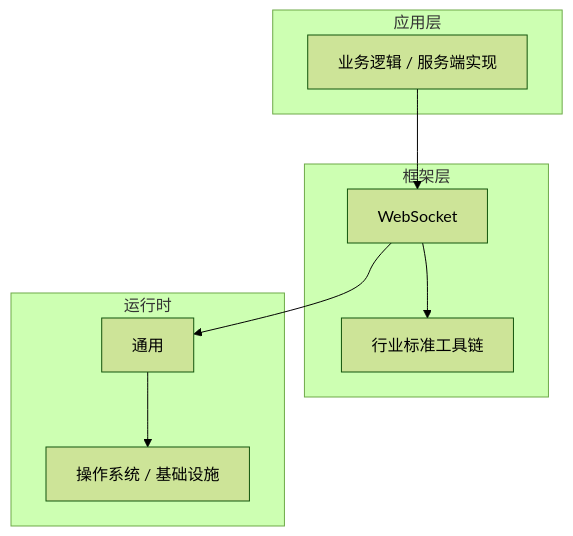
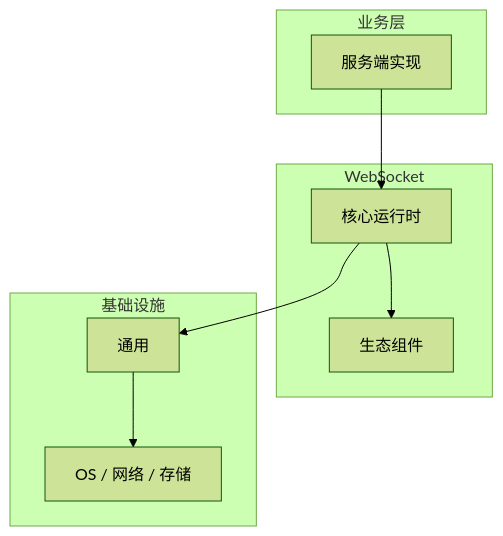
The diagram in articles/WebSocket/chapters/016-服务端实现核心概念与原理.md (yanggan2015/knowledge-json-v2), drawn with Mermaid (forest theme) before and after one commit. The commit also changed other lines of this file and 10127 other files, not shown here.

````diff
--- a/articles/WebSocket/chapters/016-服务端实现核心概念与原理.md
+++ b/articles/WebSocket/chapters/016-服务端实现核心概念与原理.md
@@ -45,18 +34,18 @@
 ```mermaid
 graph TB
-    subgraph 应用层
-        A[业务逻辑 / 服务端实现]
+    subgraph 业务层
+        A[服务端实现]
     end
-    subgraph 框架层
-        B[WebSocket]
-        C[行业标准工具链]
+    subgraph WebSocket
+        B[核心运行时]
+        C[生态组件]
     end
-    subgraph 运行时
+    subgraph 基础设施
         D[通用]
-        E[操作系统 / 基础设施]
+        E[OS / 网络 / 存储]
     end
     A --> B
     B --> C
     B --> D
     D --> E
 ```
````
